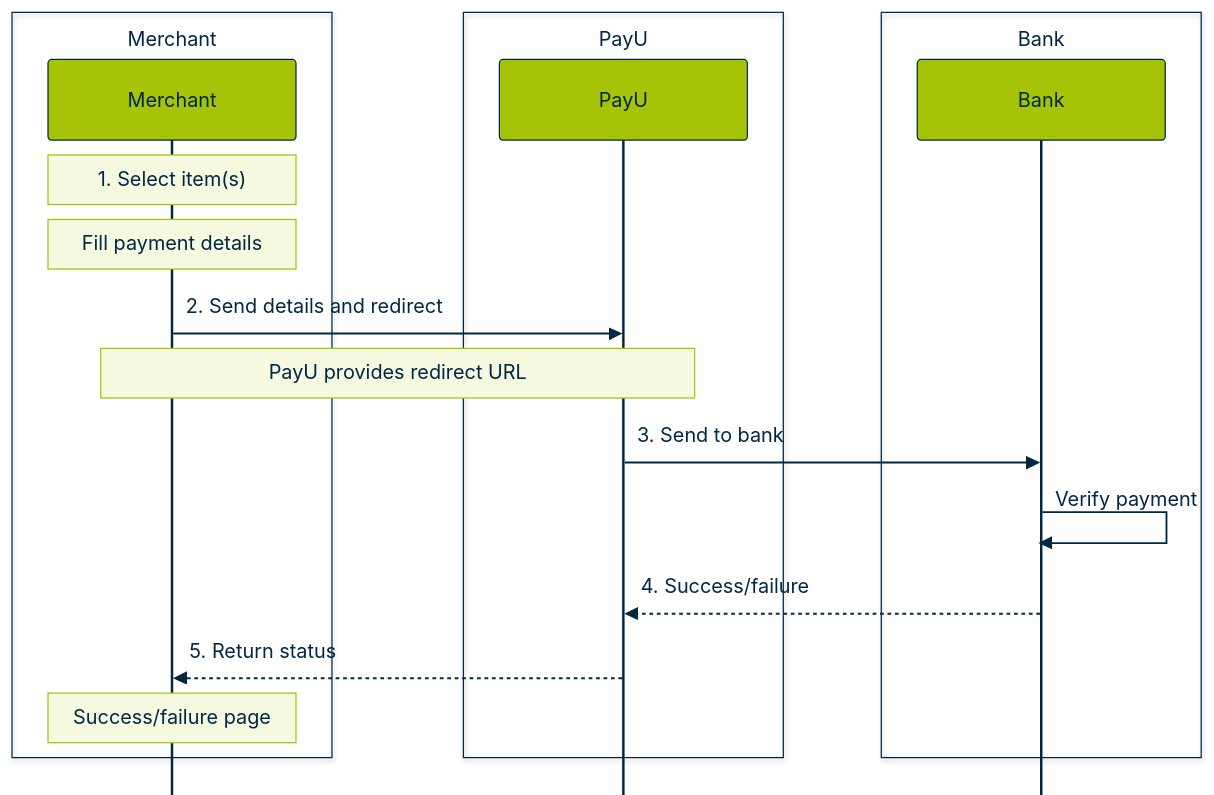
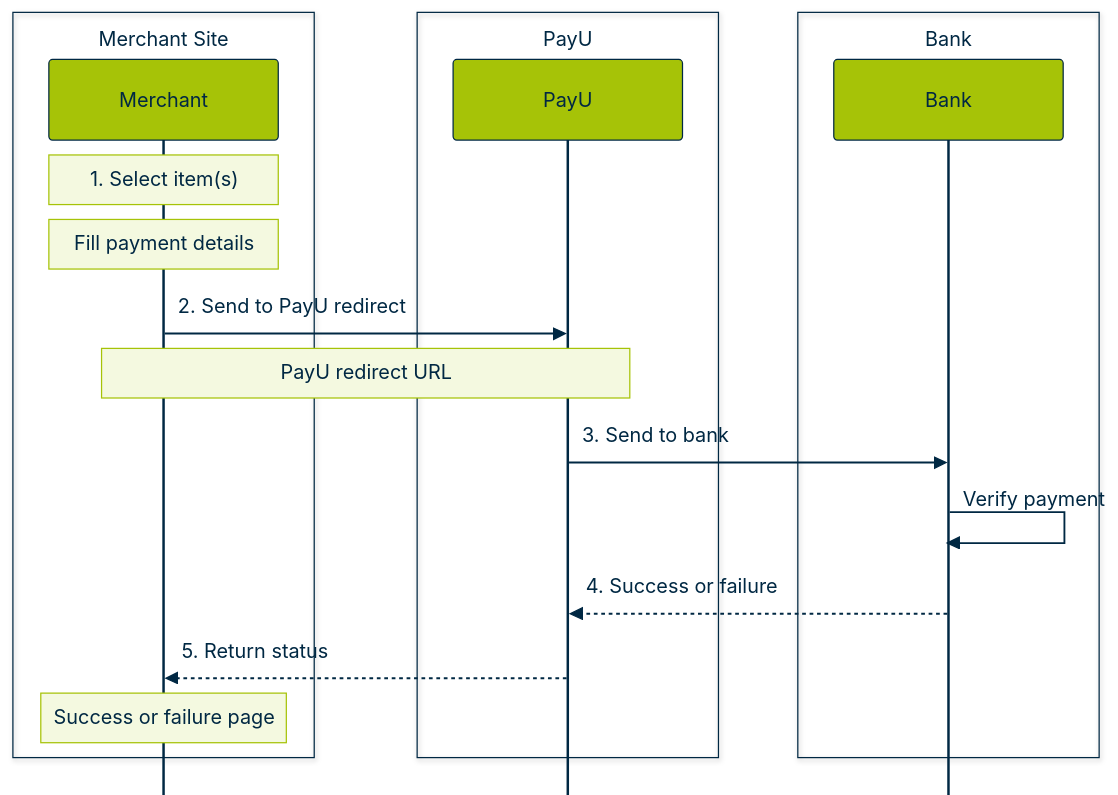
The second of 17 diagrams in docs/RECYCLE BIN/internal-review-swimlane-diagrams.md (payu-india/CMS-Chatbot), drawn with Mermaid before and after one commit. The commit also changed other lines of this file, not shown here.

Commit message:
Update doc `internal-review-swimlane-diagrams`

````diff
--- a/docs/RECYCLE BIN/internal-review-swimlane-diagrams.md
+++ b/docs/RECYCLE BIN/internal-review-swimlane-diagrams.md
@@ -87,62 +94,62 @@
 ```mermaid
 %%{init: {
   "theme": "base",
   "sequence": {
     "mirrorActors": false,
     "rightAngles": true,
     "messageAlign": "left",
-    "fontSize": 11,
-    "actorFontSize": 11,
+    "fontSize": 10,
+    "actorFontSize": 10,
     "noteFontSize": 10,
-    "actorMargin": 115,
-    "width": 200,
+    "actorMargin": 100,
+    "width": 185,
     "boxMargin": 12,
     "messageMargin": 42,
     "diagramMarginX": 70,
     "diagramMarginY": 20
   },
   "themeVariables": {
     "fontFamily": "Arial, Helvetica, sans-serif",
-    "fontSize": "11px",
+    "fontSize": "10px",
     "background": "#FFFFFF",
     "primaryColor": "#A6C307",
     "primaryTextColor": "#002843",
     "primaryBorderColor": "#002843",
     "actorBkg": "#A6C307",
     "actorBorder": "#002843",
     "actorTextColor": "#002843",
     "signalColor": "#002843",
     "noteBkgColor": "#F4F9E0",
     "noteTextColor": "#002843",
     "noteBorderColor": "#A6C307",
     "activationBkgColor": "#E8F0C4",
     "activationBorderColor": "#002843"
   }
 }}%%
 sequenceDiagram
-    box Merchant
+    box Merchant Site
         participant Merchant
     end
     box PayU
         participant PayU
     end
     box Bank
         participant Bank
     end
 
     Note over Merchant: 1. Select item(s)
     Note over Merchant: Fill payment details
 
-    Merchant->>PayU: 2. Send details and redirect
-    Note over Merchant,PayU: PayU provides redirect URL
+    Merchant->>PayU: 2. Send to PayU redirect
+    Note over Merchant,PayU: PayU redirect URL
 
     PayU->>Bank: 3. Send to bank
 
     Bank->>Bank: Verify payment
-    Bank-->>PayU: 4. Success/failure
+    Bank-->>PayU: 4. Success or failure
 
     PayU-->>Merchant: 5. Return status
 
-    Note over Merchant: Success/failure page
+    Note over Merchant: Success or failure page
 
 ```
````
